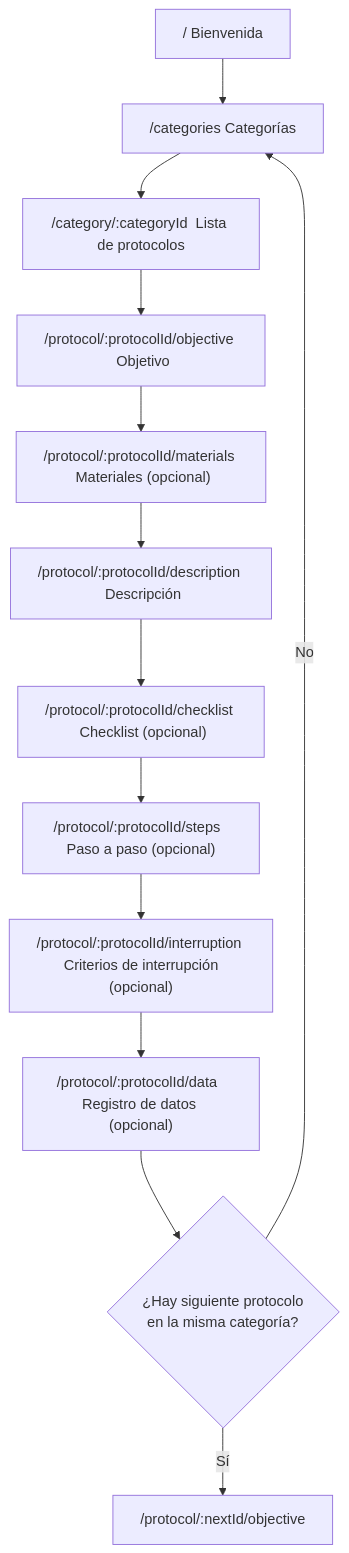
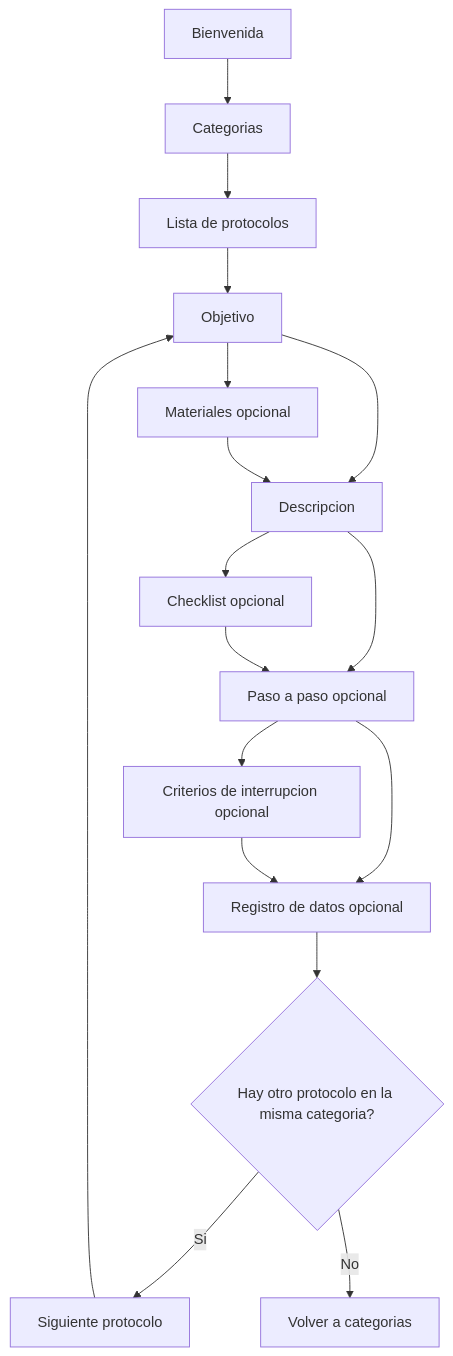
The diagram in docs/APP_FLOW.md (GRAN-J/sportmetric), drawn with Mermaid before and after one commit. The commit also changed other lines of this file and 4 other files, not shown here.

Commit message:
docs: actualiza traducciones y diagramas mermaid

````diff
--- a/docs/APP_FLOW.md
+++ b/docs/APP_FLOW.md
@@ -14,17 +14,19 @@
 ```mermaid
 flowchart TD
-  A["/  Bienvenida"] --> B["/categories  Categorías"]
-  B --> C["/category/:categoryId  Lista de protocolos"]
-  C --> D["/protocol/:protocolId/objective  Objetivo"]
-
-  D --> E["/protocol/:protocolId/materials  Materiales (opcional)"]
-  E --> F["/protocol/:protocolId/description  Descripción"]
-  F --> G["/protocol/:protocolId/checklist  Checklist (opcional)"]
-  G --> H["/protocol/:protocolId/steps  Paso a paso (opcional)"]
-  H --> I["/protocol/:protocolId/interruption  Criterios de interrupción (opcional)"]
-  I --> J["/protocol/:protocolId/data  Registro de datos (opcional)"]
-
-  J --> K{"¿Hay siguiente protocolo\nen la misma categoría?"}
-  K -- "Sí" --> D2["/protocol/:nextId/objective"]
-  K -- "No" --> B
+  A["Bienvenida"] --> B["Categorias"]
+  B --> C["Lista de protocolos"]
+  C --> D["Objetivo"]
+  D --> E["Materiales opcional"]
+  D --> F["Descripcion"]
+  E --> F
+  F --> G["Checklist opcional"]
+  F --> H["Paso a paso opcional"]
+  G --> H
+  H --> I["Criterios de interrupcion opcional"]
+  H --> J["Registro de datos opcional"]
+  I --> J
+  J --> K{"Hay otro protocolo en la misma categoria?"}
+  K -->|Si| L["Siguiente protocolo"]
+  K -->|No| M["Volver a categorias"]
+  L --> D
 ```
````
